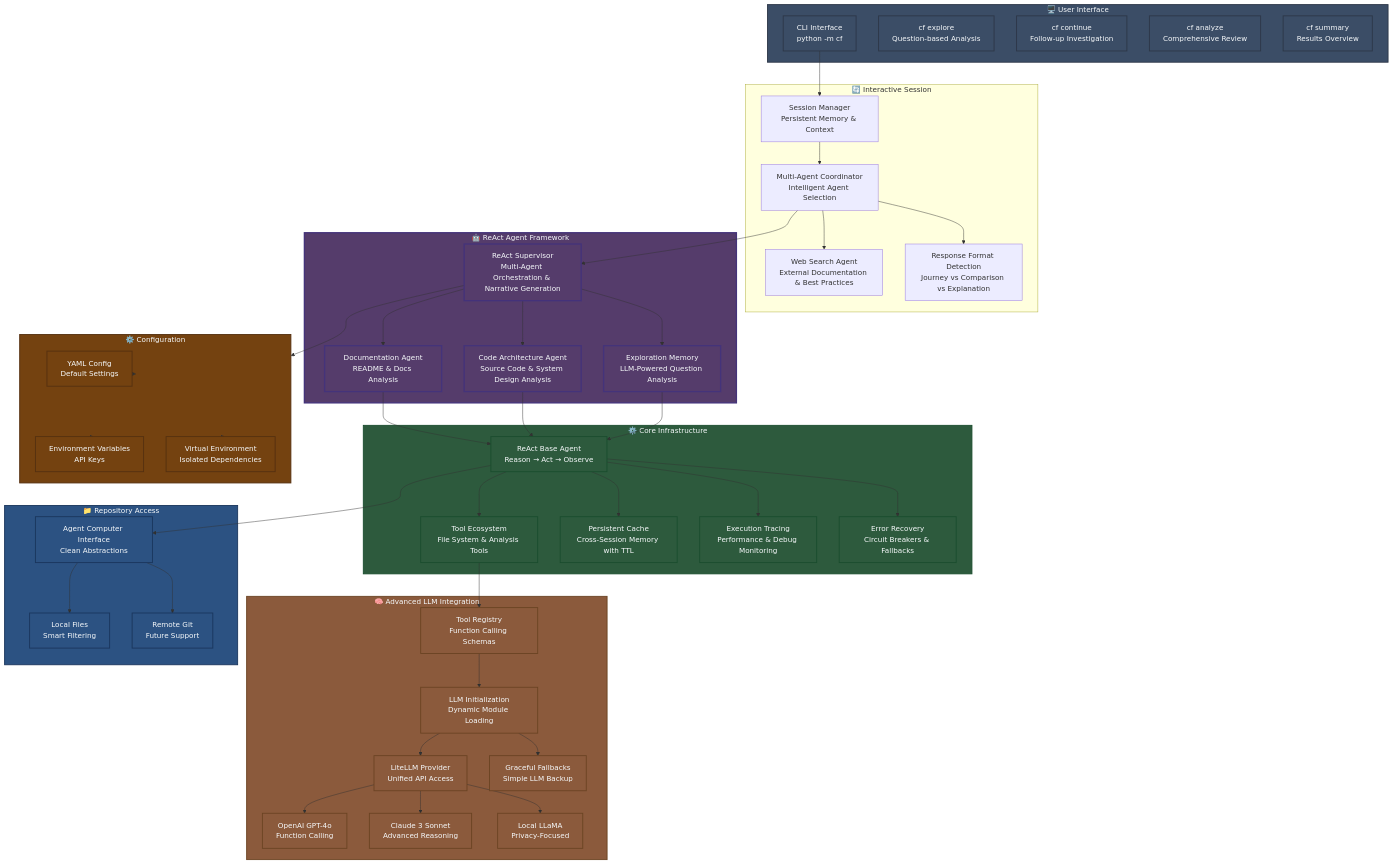
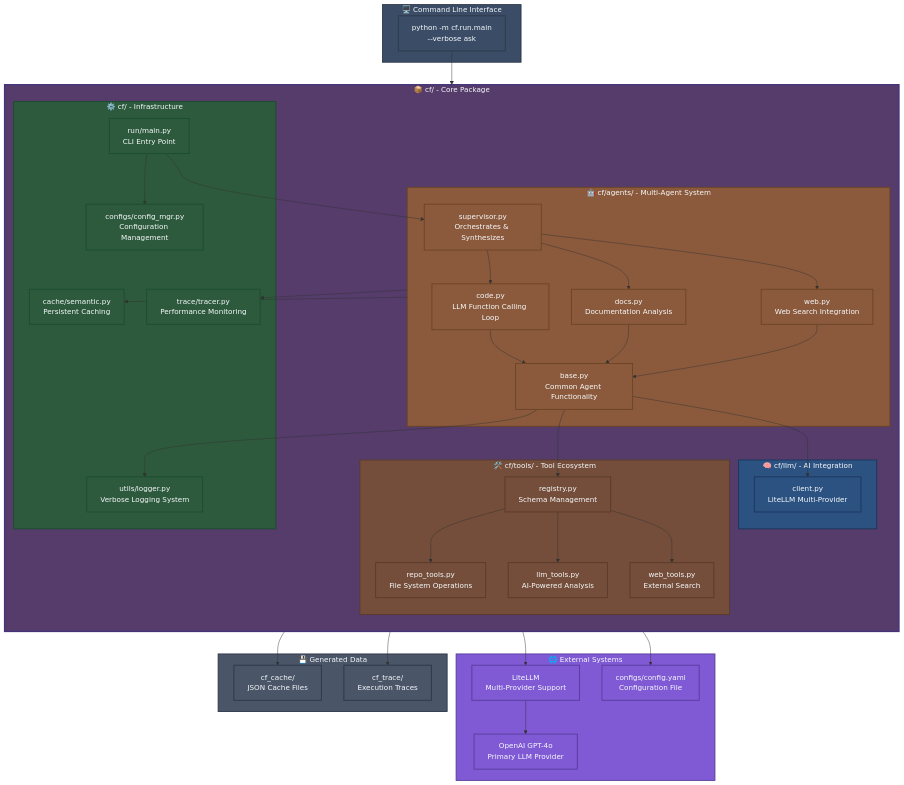
Before and after one commit to CodeFusionAgent/codefusion: the first of 2 diagrams in README.md, drawn with Mermaid. The commit also changed other lines of this file and 48 other files, not shown here.

````diff
--- a/README.md
+++ b/README.md
@@ -7,112 +7,102 @@
 ```mermaid
 graph TB
-    %% User Interface Layer
-    subgraph UI ["🖥️ User Interface"]
-        CLI[CLI Interface<br/>python -m cf]
-        EXPLORE[cf explore<br/>Question-based Analysis]
-        CONTINUE[cf continue<br/>Follow-up Investigation]
-        ANALYZE[cf analyze<br/>Comprehensive Review]
-        SUMMARY[cf summary<br/>Results Overview]
+    %% User Interface
+    subgraph UI ["🖥️ Command Line Interface"]
+        CLI[python -m cf.run.main<br/>--verbose ask]
     end
     
-    %% Interactive Session Layer
-    subgraph INTERACTIVE ["🔄 Interactive Session"]
-        SESSION_MGR[Session Manager<br/>Persistent Memory & Context]
-        MULTI_AGENT[Multi-Agent Coordinator<br/>Intelligent Agent Selection]
-        WEB_SEARCH[Web Search Agent<br/>External Documentation & Best Practices]
-        FORMAT_DETECT[Response Format Detection<br/>Journey vs Comparison vs Explanation]
+    %% Core Package Structure  
+    subgraph CF ["📦 cf/ - Core Package"]
+        direction TB
+        
+        subgraph AGENTS ["🤖 cf/agents/ - Multi-Agent System"]
+            SUPERVISOR[supervisor.py<br/>Orchestrates & Synthesizes]
+            CODE_AGENT[code.py<br/>LLM Function Calling Loop]
+            DOCS_AGENT[docs.py<br/>Documentation Analysis] 
+            WEB_AGENT[web.py<br/>Web Search Integration]
+            BASE_AGENT[base.py<br/>Common Agent Functionality]
+        end
+        
+        subgraph TOOLS ["🛠️ cf/tools/ - Tool Ecosystem"]
+            REGISTRY[registry.py<br/>Schema Management]
+            REPO_TOOLS[repo_tools.py<br/>File System Operations]
+            LLM_TOOLS[llm_tools.py<br/>AI-Powered Analysis]
+            WEB_TOOLS[web_tools.py<br/>External Search]
+        end
+        
+        subgraph LLM ["🧠 cf/llm/ - AI Integration"]
+            CLIENT[client.py<br/>LiteLLM Multi-Provider]
+        end
+        
+        subgraph INFRA ["⚙️ cf/ - Infrastructure"]
+            RUN[run/main.py<br/>CLI Entry Point]
+            CONFIGS[configs/config_mgr.py<br/>Configuration Management]
+            CACHE[cache/semantic.py<br/>Persistent Caching]
+            TRACE[trace/tracer.py<br/>Performance Monitoring]
+            UTILS[utils/logger.py<br/>Verbose Logging System]
+        end
     end
     
-    %% ReAct Agent Layer
-    subgraph REACT ["🤖 ReAct Agent Framework"]
-        SUPERVISOR[ReAct Supervisor<br/>Multi-Agent Orchestration & Narrative Generation]
-        DOC_AGENT[Documentation Agent<br/>README & Docs Analysis]
-        CODE_ARCH_AGENT[Code Architecture Agent<br/>Source Code & System Design Analysis]
-        MEMORY[Exploration Memory<br/>LLM-Powered Question Analysis]
+    %% External Systems
+    subgraph EXTERNAL ["🌐 External Systems"]
+        LITELLM[LiteLLM<br/>Multi-Provider Support]
+        OPENAI[OpenAI GPT-4o<br/>Primary LLM Provider]
+        CONFIG_FILE[configs/config.yaml<br/>Configuration File]
     end
     
-    %% Core Infrastructure
-    subgraph CORE ["⚙️ Core Infrastructure"]
-        REACT_BASE[ReAct Base Agent<br/>Reason → Act → Observe]
-        TOOLS[Tool Ecosystem<br/>File System & Analysis Tools]
-        CACHE[Persistent Cache<br/>Cross-Session Memory with TTL]
-        TRACE[Execution Tracing<br/>Performance & Debug Monitoring]
-        ERROR_RECOVERY[Error Recovery<br/>Circuit Breakers & Fallbacks]
+    %% Data Storage
+    subgraph STORAGE ["💾 Generated Data"]
+        CF_CACHE[cf_cache/<br/>JSON Cache Files]
+        CF_TRACE[cf_trace/<br/>Execution Traces]
     end
     
-    %% LLM Integration - Enhanced
-    subgraph LLM ["🧠 Advanced LLM Integration"]
-        INIT[LLM Initialization<br/>Dynamic Module Loading]
-        LITELLM[LiteLLM Provider<br/>Unified API Access]
-        FUNC_CALL[Tool Registry<br/>Function Calling Schemas]
-        FALLBACK[Graceful Fallbacks<br/>Simple LLM Backup]
-        OPENAI[OpenAI GPT-4o<br/>Function Calling]
-        ANTHROPIC[Claude 3 Sonnet<br/>Advanced Reasoning]
-        LLAMA[Local LLaMA<br/>Privacy-Focused]
-    end
+    %% Data Flow
+    CLI --> RUN
+    RUN --> SUPERVISOR
     
-    %% Repository Interface
-    subgraph REPO ["📁 Repository Access"]
-        LOCAL[Local Files<br/>Smart Filtering]
-        REMOTE[Remote Git<br/>Future Support]
-        ACI[Agent Computer Interface<br/>Clean Abstractions]
-    end
+    SUPERVISOR --> CODE_AGENT
+    SUPERVISOR --> DOCS_AGENT  
+    SUPERVISOR --> WEB_AGENT
     
-    %% Configuration & Setup
-    subgraph CONFIG ["⚙️ Configuration"]
-        YAML_CONFIG[YAML Config<br/>Default Settings]
-        ENV_VARS[Environment Variables<br/>API Keys]
-        VENV[Virtual Environment<br/>Isolated Dependencies]
-    end
+    CODE_AGENT --> BASE_AGENT
+    DOCS_AGENT --> BASE_AGENT
+    WEB_AGENT --> BASE_AGENT
     
-    %% Enhanced Connections
-    CLI --> SESSION_MGR
-    SESSION_MGR --> MULTI_AGENT
-    MULTI_AGENT --> SUPERVISOR
-    MULTI_AGENT --> WEB_SEARCH
-    MULTI_AGENT --> FORMAT_DETECT
-    SUPERVISOR --> DOC_AGENT
-    SUPERVISOR --> CODE_ARCH_AGENT
-    SUPERVISOR --> MEMORY
+    BASE_AGENT --> REGISTRY
+    BASE_AGENT --> CLIENT
+    BASE_AGENT --> UTILS
     
-    DOC_AGENT --> REACT_BASE
-    CODE_ARCH_AGENT --> REACT_BASE
-    MEMORY --> REACT_BASE
+    REGISTRY --> REPO_TOOLS
+    REGISTRY --> LLM_TOOLS
+    REGISTRY --> WEB_TOOLS
     
-    REACT_BASE --> TOOLS
-    REACT_BASE --> CACHE
-    REACT_BASE --> TRACE
-    REACT_BASE --> ERROR_RECOVERY
+    CLIENT --> LITELLM
+    LITELLM --> OPENAI
     
-    TOOLS --> FUNC_CALL
-    FUNC_CALL --> INIT
-    INIT --> LITELLM
-    LITELLM --> OPENAI
-    LITELLM --> ANTHROPIC
-    LITELLM --> LLAMA
-    INIT --> FALLBACK
+    AGENTS --> CACHE
+    AGENTS --> TRACE
+    RUN --> CONFIGS
+    CONFIGS --> CONFIG_FILE
     
-    REACT_BASE --> ACI
-    ACI --> LOCAL
-    ACI --> REMOTE
+    CACHE --> CF_CACHE
+    TRACE --> CF_TRACE
     
-    SUPERVISOR --> CONFIG
-    CONFIG --> YAML_CONFIG
-    CONFIG --> ENV_VARS
-    CONFIG --> VENV
+    %% Styling
+    classDef ui fill:#3b4d66,stroke:#2d3748,stroke-width:2px,color:#f7fafc
+    classDef cf fill:#553c6b,stroke:#44337a,stroke-width:3px,color:#f7fafc
+    classDef agents fill:#8b5a3c,stroke:#6b4423,stroke-width:2px,color:#f7fafc
+    classDef tools fill:#744e3a,stroke:#5a3a2a,stroke-width:2px,color:#f7fafc
+    classDef llm fill:#2c5282,stroke:#1a365d,stroke-width:2px,color:#f7fafc
+    classDef infra fill:#2d5a3d,stroke:#1a4d2e,stroke-width:2px,color:#f7fafc
+    classDef external fill:#805ad5,stroke:#553c9a,stroke-width:2px,color:#f7fafc
+    classDef storage fill:#4a5568,stroke:#2d3748,stroke-width:2px,color:#f7fafc
     
-    %% Enhanced Styling
-    classDef ui fill:#3b4d66,stroke:#2d3748,stroke-width:2px,color:#f7fafc
-    classDef react fill:#553c6b,stroke:#44337a,stroke-width:3px,color:#f7fafc
-    classDef core fill:#2d5a3d,stroke:#1a4d2e,stroke-width:2px,color:#f7fafc
-    classDef llm fill:#8b5a3c,stroke:#6b4423,stroke-width:2px,color:#f7fafc
-    classDef repo fill:#2c5282,stroke:#1a365d,stroke-width:2px,color:#f7fafc
-    classDef config fill:#744210,stroke:#553010,stroke-width:2px,color:#f7fafc
-    
-    class UI,CLI,EXPLORE,CONTINUE,ANALYZE,SUMMARY ui
-    class REACT,SUPERVISOR,DOC_AGENT,CODE_ARCH_AGENT,MEMORY react
-    class CORE,REACT_BASE,TOOLS,CACHE,TRACE,ERROR_RECOVERY core
-    class LLM,INIT,LITELLM,FUNC_CALL,FALLBACK,OPENAI,ANTHROPIC,LLAMA llm
-    class REPO,LOCAL,REMOTE,ACI repo
-    class CONFIG,YAML_CONFIG,ENV_VARS,VENV config
+    class UI,CLI ui
+    class CF cf
+    class AGENTS,SUPERVISOR,CODE_AGENT,DOCS_AGENT,WEB_AGENT,BASE_AGENT agents
+    class TOOLS,REGISTRY,REPO_TOOLS,LLM_TOOLS,WEB_TOOLS tools
+    class LLM,CLIENT llm
+    class INFRA,RUN,CONFIGS,CACHE,TRACE,UTILS infra
+    class EXTERNAL,LITELLM,OPENAI,CONFIG_FILE external
+    class STORAGE,CF_CACHE,CF_TRACE storage
 ```
````
